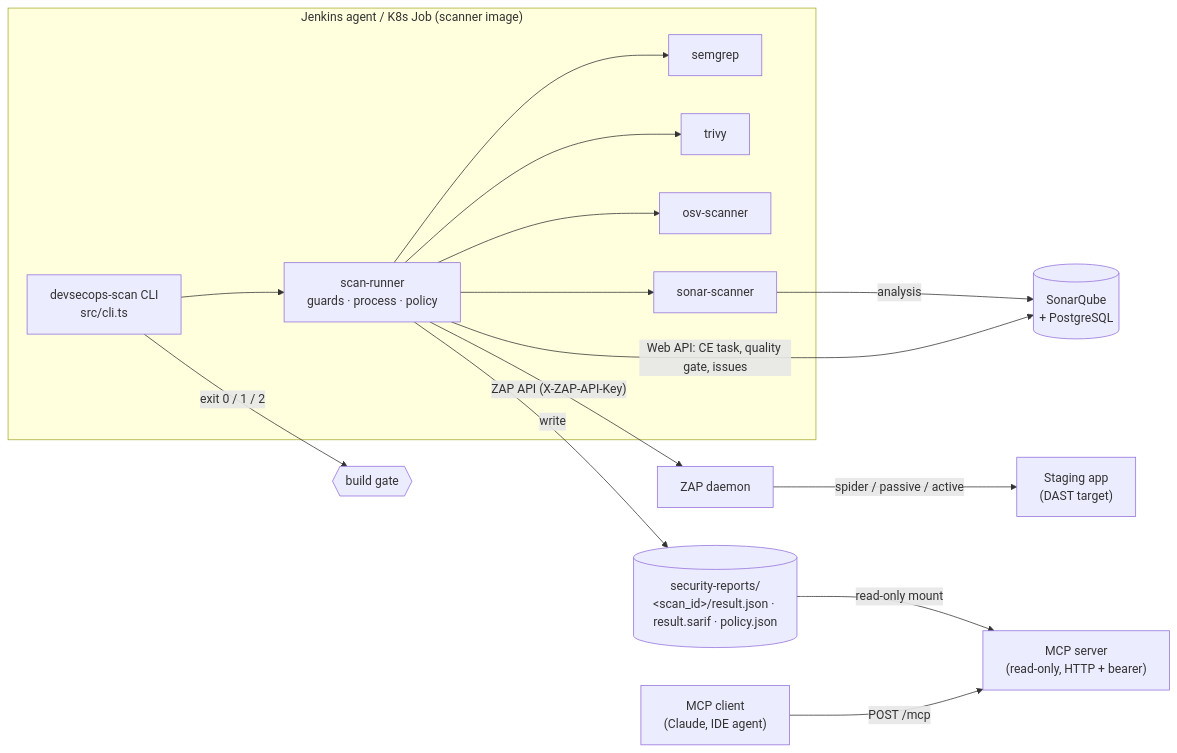
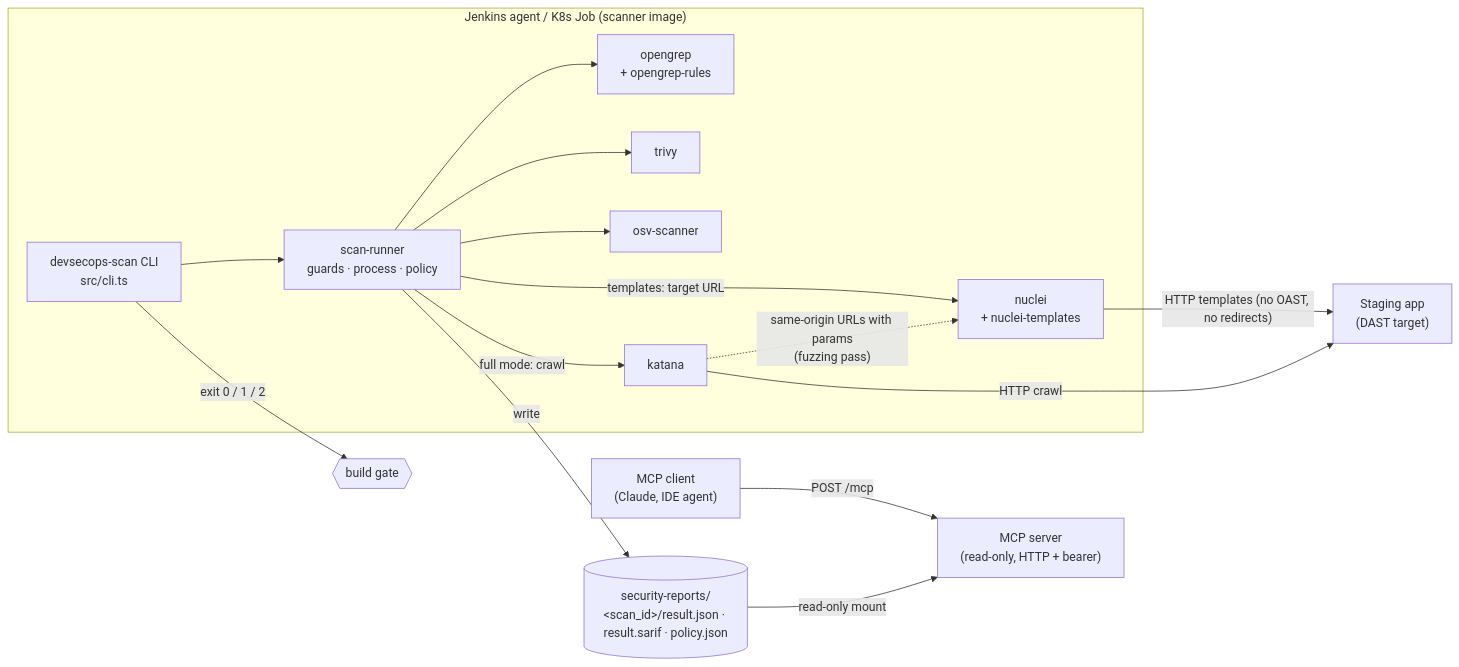
Before and after one commit to nguyentin2068/DevSecOps-MCP: the diagram in docs/ARCHITECTURE.md, drawn with Mermaid. The commit also changed other lines of this file and 11 other files, not shown here.

````diff
--- a/docs/ARCHITECTURE.md
+++ b/docs/ARCHITECTURE.md
@@ -13,29 +13,29 @@
 ```mermaid
 flowchart LR
   subgraph CI["Jenkins agent / K8s Job (scanner image)"]
     CLI["devsecops-scan CLI<br/>src/cli.ts"]
     RUN["scan-runner<br/>guards · process · policy"]
-    SG["semgrep"]
+    OG["opengrep<br/>+ opengrep-rules"]
     TV["trivy"]
     OSV["osv-scanner"]
-    SS["sonar-scanner"]
+    KT["katana"]
+    NU["nuclei<br/>+ nuclei-templates"]
     CLI --> RUN
-    RUN --> SG & TV & OSV & SS
+    RUN --> OG & TV & OSV
+    RUN -- "templates: target URL" --> NU
+    RUN -- "full mode: crawl" --> KT
+    KT -. "same-origin URLs with params<br/>(fuzzing pass)" .-> NU
   end
 
-  SQ[("SonarQube<br/>+ PostgreSQL")]
-  ZAP["ZAP daemon"]
   APP["Staging app<br/>(DAST target)"]
   VOL[("security-reports/<br/>&lt;scan_id&gt;/result.json · result.sarif · policy.json")]
   MCP["MCP server<br/>(read-only, HTTP + bearer)"]
   LLM["MCP client<br/>(Claude, IDE agent)"]
 
-  SS -- "analysis" --> SQ
-  RUN -- "Web API: CE task, quality gate, issues" --> SQ
-  RUN -- "ZAP API (X-ZAP-API-Key)" --> ZAP
-  ZAP -- "spider / passive / active" --> APP
+  KT -- "HTTP crawl" --> APP
+  NU -- "HTTP templates (no OAST, no redirects)" --> APP
   RUN -- "write" --> VOL
   CLI -- "exit 0 / 1 / 2" --> GATE{{"build gate"}}
   VOL -- "read-only mount" --> MCP
   LLM -- "POST /mcp" --> MCP
 ```
````
